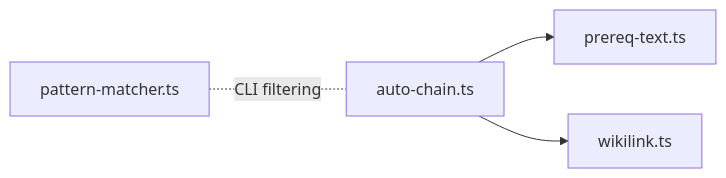
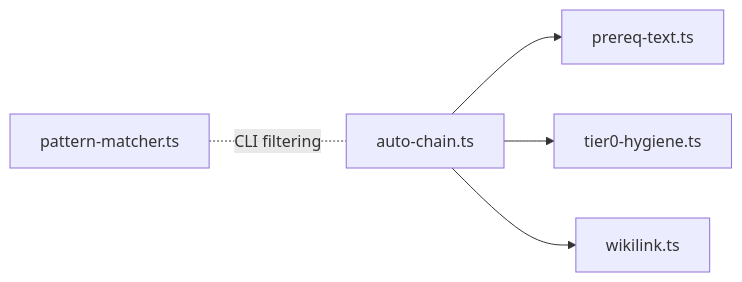
One commit to Kuldeep2822k/palee-architecture changed diagram 12 of 12 in Core Engine/Auto-Chaining and Prerequisite Discovery.md. Above: the diagram before and after it, drawn with Mermaid. The commit also changed other lines of this file and 76 other files, not shown here.

````diff
--- a/Core Engine/Auto-Chaining and Prerequisite Discovery.md
+++ b/Core Engine/Auto-Chaining and Prerequisite Discovery.md
@@ -490,6 +419,7 @@
 ```mermaid
 graph LR
   AutoChain["auto-chain.ts"] --> PrereqText["prereq-text.ts"]
+  AutoChain --> Tier0Hygiene["tier0-hygiene.ts"]
   AutoChain --> Wikilink["wikilink.ts"]
   PatternMatcher["pattern-matcher.ts"] -. "CLI filtering" .- AutoChain
 ```
````
